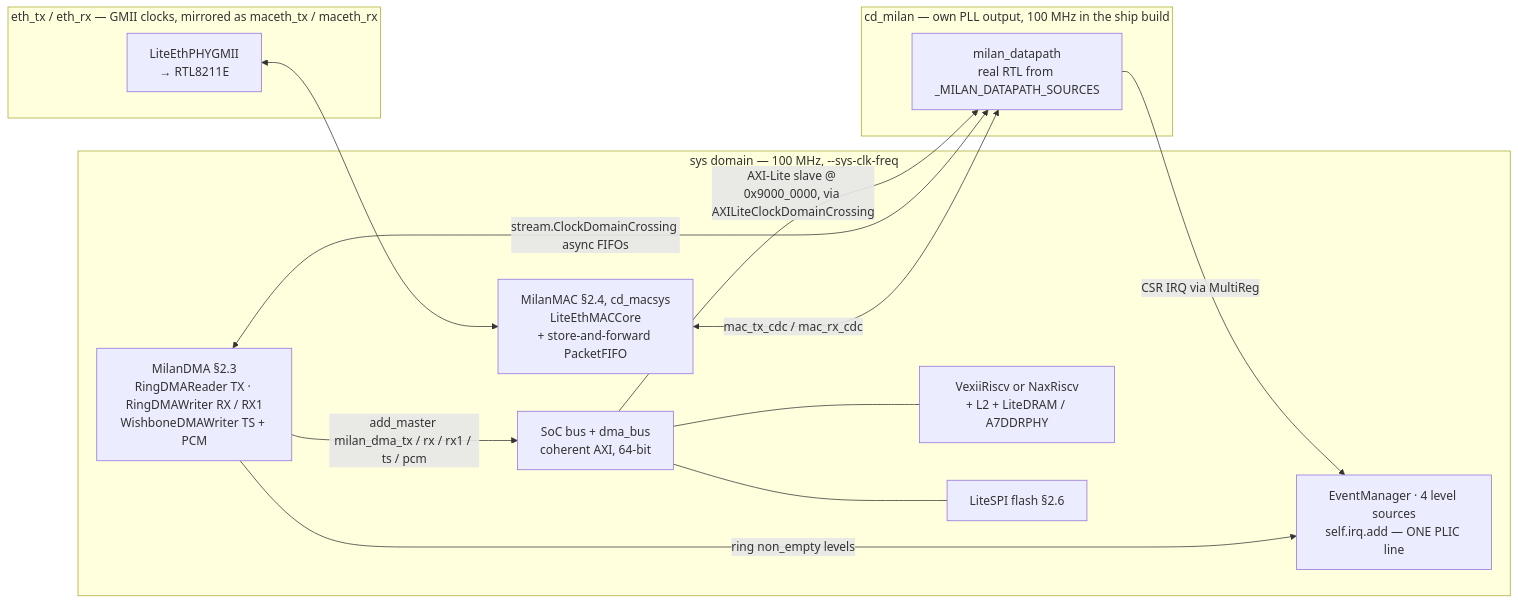
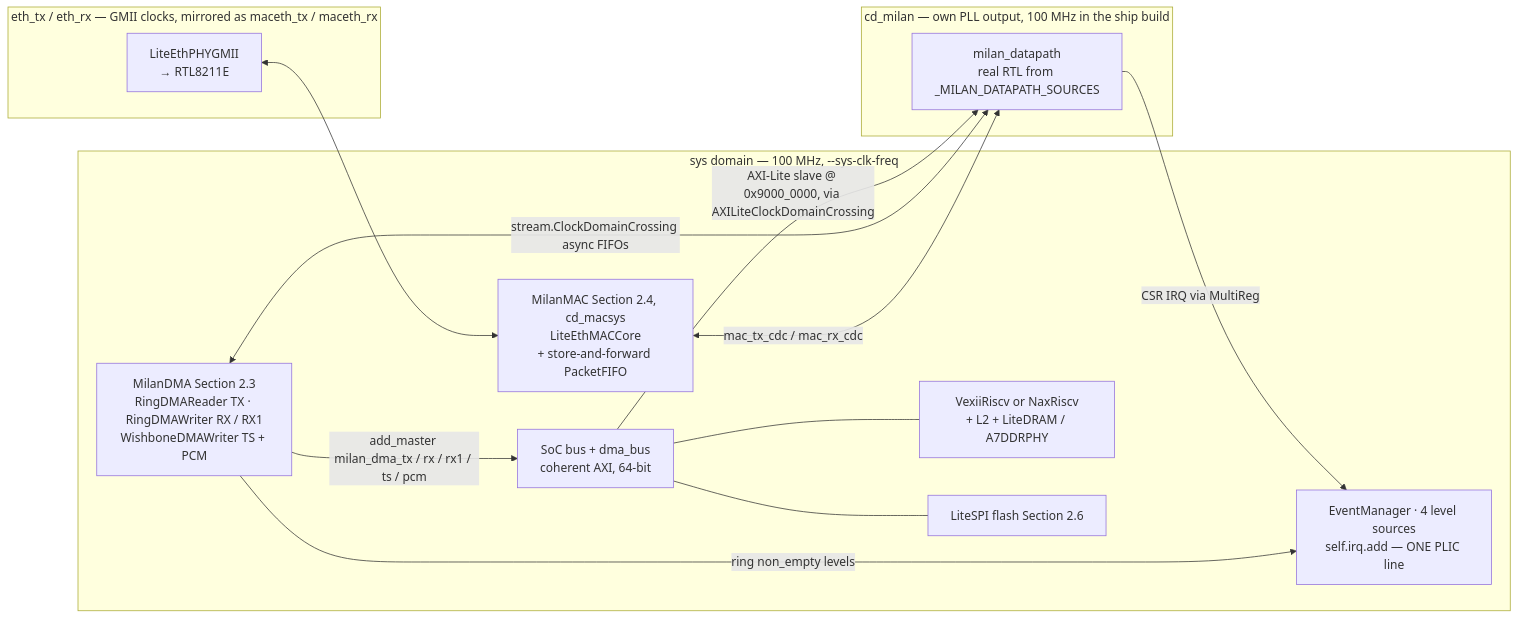
The diagram in docs/litex/LITEX_SOC.md (kebag-logic/milan-fpga), drawn with Mermaid before and after one commit. The commit also changed other lines of this file and 67 other files, not shown here.

````diff
--- a/docs/litex/LITEX_SOC.md
+++ b/docs/litex/LITEX_SOC.md
@@ -69,29 +69,29 @@
 ```mermaid
 flowchart LR
     subgraph ETH["eth_tx / eth_rx — GMII clocks, mirrored as maceth_tx / maceth_rx"]
         PHY["LiteEthPHYGMII<br/>→ RTL8211E"]
     end
 
     subgraph MCD["cd_milan — own PLL output, 100 MHz in the ship build"]
         DP["milan_datapath<br/>real RTL from _MILAN_DATAPATH_SOURCES"]
     end
 
     subgraph SYS["sys domain — 100 MHz, --sys-clk-freq"]
-        MACSYS["MilanMAC §2.4, cd_macsys<br/>LiteEthMACCore<br/>+ store-and-forward PacketFIFO"]
-        DMA["MilanDMA §2.3<br/>RingDMAReader TX · RingDMAWriter RX / RX1<br/>WishboneDMAWriter TS + PCM"]
+        MACSYS["MilanMAC Section 2.4, cd_macsys<br/>LiteEthMACCore<br/>+ store-and-forward PacketFIFO"]
+        DMA["MilanDMA Section 2.3<br/>RingDMAReader TX · RingDMAWriter RX / RX1<br/>WishboneDMAWriter TS + PCM"]
         BUS["SoC bus + dma_bus<br/>coherent AXI, 64-bit"]
         CPU["VexiiRiscv or NaxRiscv<br/>+ L2 + LiteDRAM / A7DDRPHY"]
-        QSPI["LiteSPI flash §2.6"]
+        QSPI["LiteSPI flash Section 2.6"]
         EV["EventManager · 4 level sources<br/>self.irq.add — ONE PLIC line"]
     end
 
     PHY <--> MACSYS
     MACSYS <-->|"mac_tx_cdc / mac_rx_cdc"| DP
     DMA <-->|"stream.ClockDomainCrossing async FIFOs"| DP
     DMA -->|"add_master milan_dma_tx / rx / rx1 / ts / pcm"| BUS
     BUS --- CPU
     BUS --- QSPI
     BUS -->|"AXI-Lite slave @ 0x9000_0000, via AXILiteClockDomainCrossing"| DP
     DMA -->|"ring non_empty levels"| EV
     DP -->|"CSR IRQ via MultiReg"| EV
 ```
````
